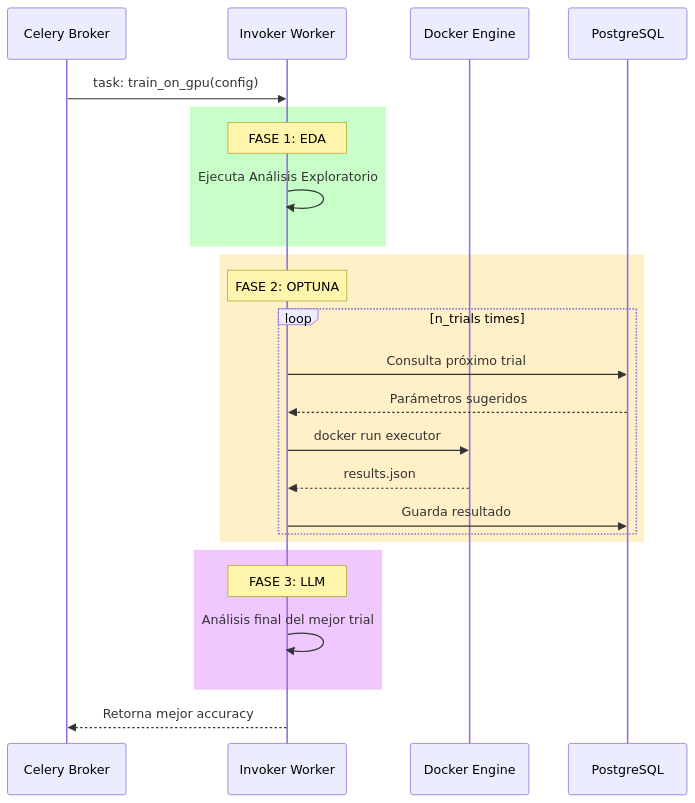
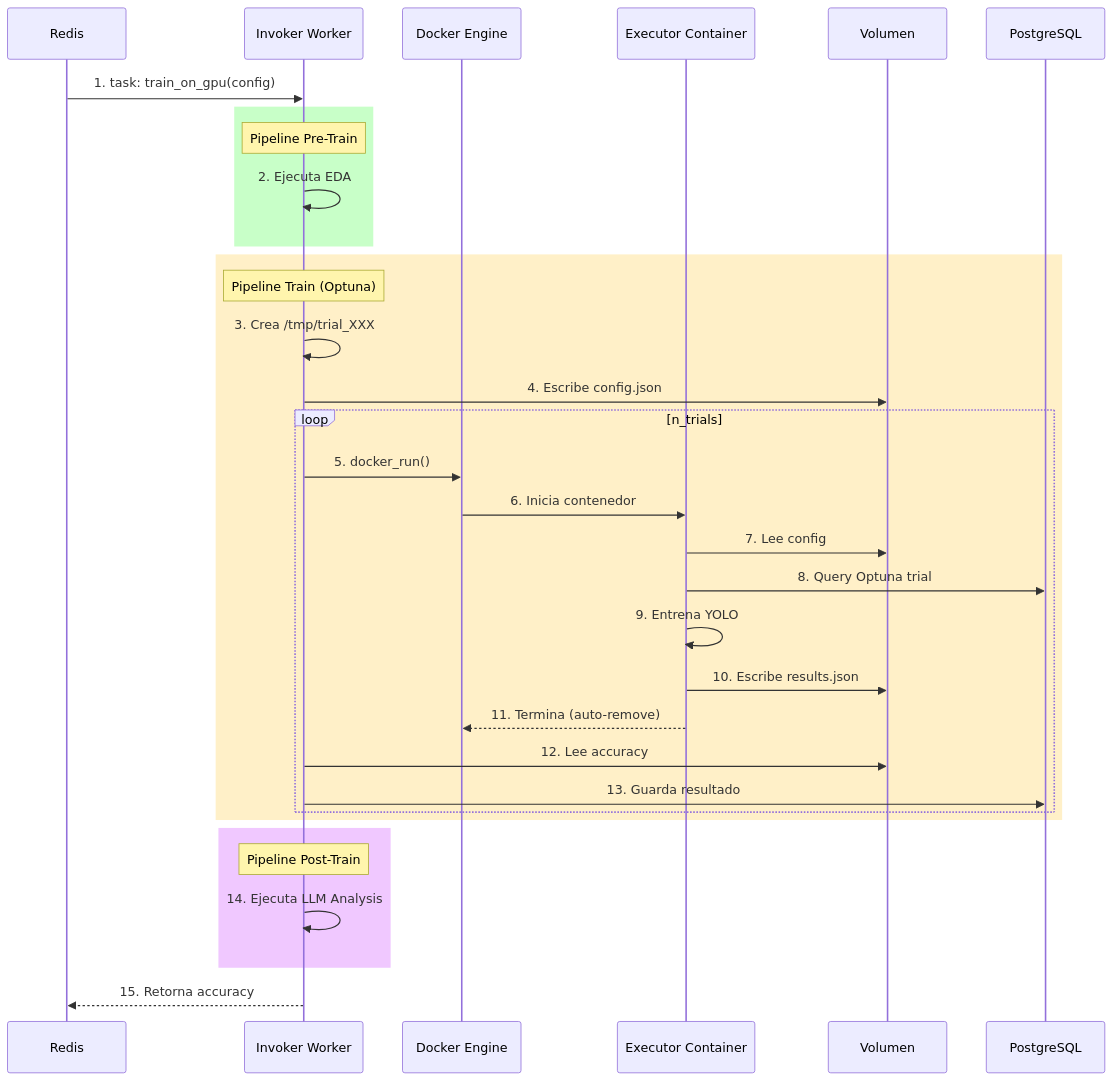
One commit to wisrovi/wyoloservice2_invoker changed the second of 3 diagrams in README.md. Above: the diagram before and after it, drawn with Mermaid. The commit also changed other lines of this file, not shown here.

Commit message:
docs: Update README with architecture diagrams (walkthrough, workflow, components, lifecycle, files)

````diff
--- a/README.md
+++ b/README.md
@@ -44,32 +64,41 @@
 ```mermaid
 sequenceDiagram
-    participant C as Celery Broker
-    participant W as Invoker Worker
+    participant Q as Redis
+    participant C as Invoker Worker
     participant D as Docker Engine
+    participant E as Executor Container
+    participant V as Volumen
     participant DB as PostgreSQL
-    
-    C->>W: task: train_on_gpu(config)
+
+    Q->>C: 1. task: train_on_gpu(config)
     
     rect rgb(200, 255, 200)
-        note over W: FASE 1: EDA
-        W->>W: Ejecuta Análisis Exploratorio
+        note over C: Pipeline Pre-Train
+        C->>C: 2. Ejecuta EDA
     end
     
     rect rgb(255, 240, 200)
-        note over W: FASE 2: OPTUNA
-        loop n_trials times
-            W->>DB: Consulta próximo trial
-            DB-->>W: Parámetros sugeridos
-            W->>D: docker run executor
-            D-->>W: results.json
-            W->>DB: Guarda resultado
+        note over C: Pipeline Train (Optuna)
+        C->>C: 3. Crea /tmp/trial_XXX
+        C->>V: 4. Escribe config.json
+        
+        loop n_trials
+            C->>D: 5. docker_run()
+            D->>E: 6. Inicia contenedor
+            E->>V: 7. Lee config
+            E->>DB: 8. Query Optuna trial
+            E->>E: 9. Entrena YOLO
+            E->>V: 10. Escribe results.json
+            E-->>D: 11. Termina (auto-remove)
+            C->>V: 12. Lee accuracy
+            C->>DB: 13. Guarda resultado
         end
     end
     
     rect rgb(240, 200, 255)
-        note over W: FASE 3: LLM
-        W->>W: Análisis final del mejor trial
+        note over C: Pipeline Post-Train
+        C->>C: 14. Ejecuta LLM Analysis
     end
     
-    W-->>C: Retorna mejor accuracy
+    C-->>Q: 15. Retorna accuracy
 ```
````
